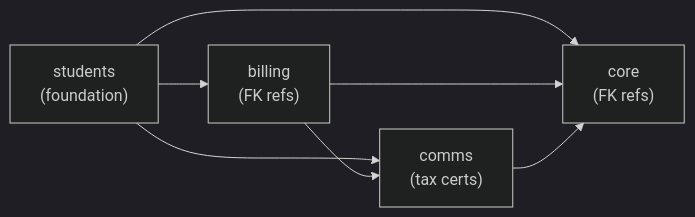
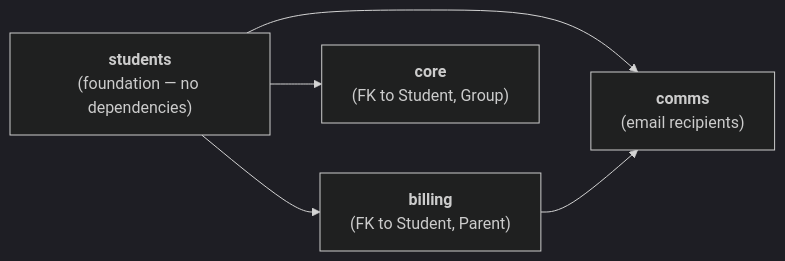
The third of 3 diagrams in readme.md (starseeker-code/five-a-day), drawn with Mermaid (dark theme) before and after one commit. The commit also changed other lines of this file and 15 other files, not shown here.

````diff
--- a/readme.md
+++ b/readme.md
@@ -514,9 +611,7 @@
 ```mermaid
 graph LR
-    students["students<br/>(foundation)"] --> billing["billing<br/>(FK refs)"]
-    students --> core["core<br/>(FK refs)"]
-    students --> comms["comms<br/>(recipients)"]
-    billing --> comms["comms<br/>(tax certs)"]
-    billing --> core
-    comms --> core
+    students["<b>students</b><br/>(foundation — no dependencies)"] --> billing["<b>billing</b><br/>(FK to Student, Parent)"]
+    students --> core["<b>core</b><br/>(FK to Student, Group)"]
+    students --> comms["<b>comms</b><br/>(email recipients)"]
+    billing --> comms
 ```
````
